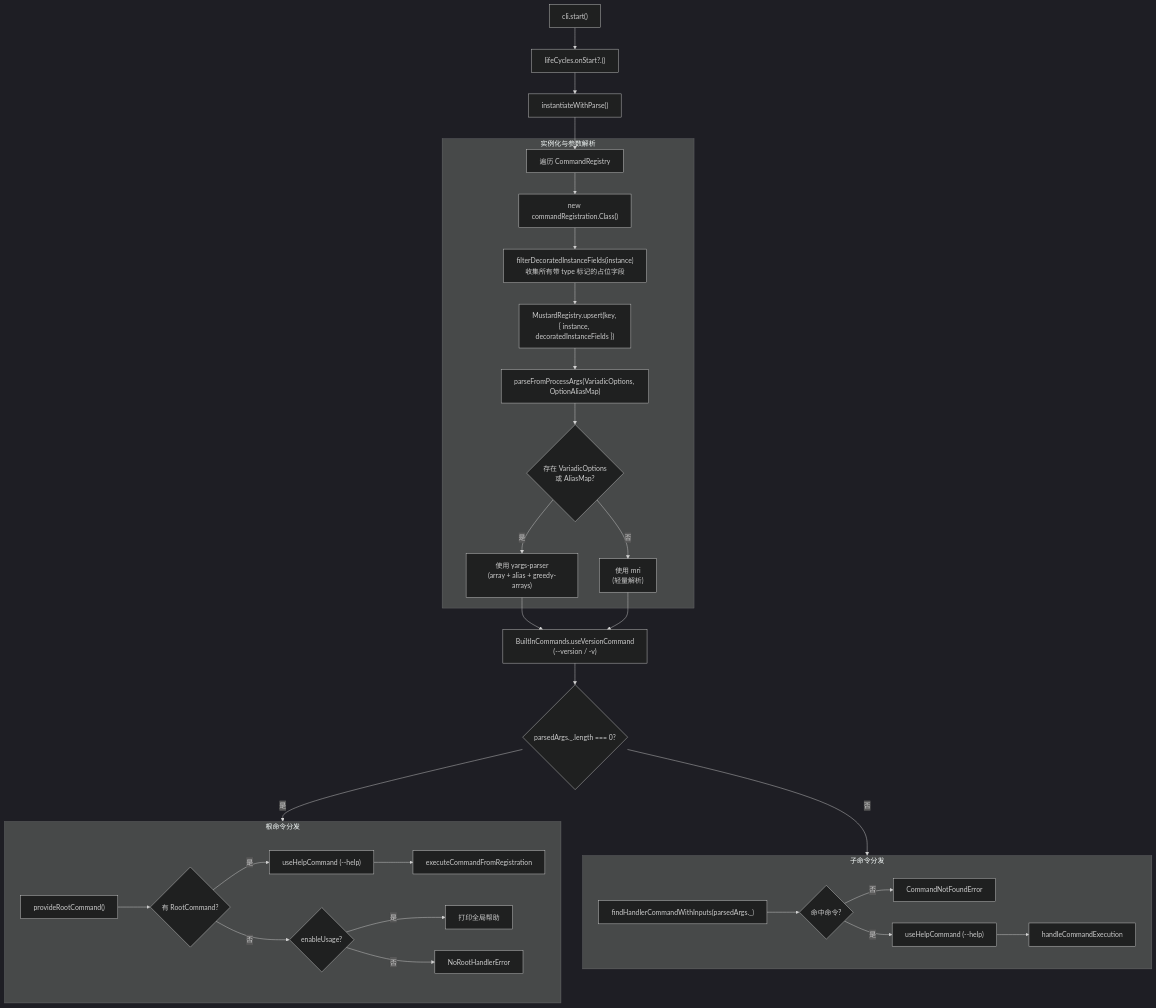
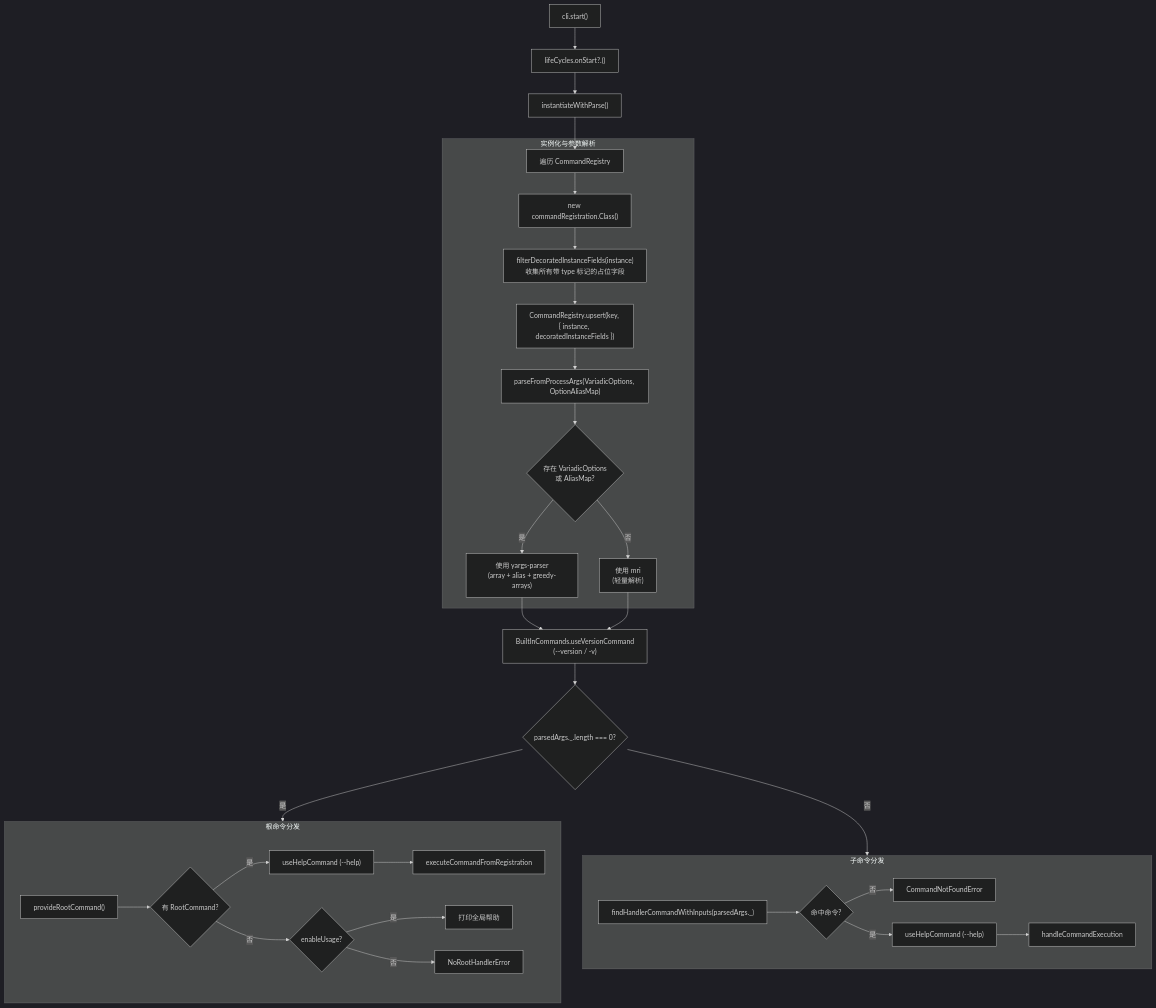
One commit to LinbuduLab/Mustard changed the eighth of 16 diagrams in packages/sample/workflow.md. Above: the diagram before and after it, drawn with Mermaid (dark theme). The commit also changed other lines of this file and 76 other files, not shown here.

````diff
--- a/packages/sample/workflow.md
+++ b/packages/sample/workflow.md
@@ -246,58 +246,58 @@
 ```mermaid
 flowchart TB
     Start["cli.start()"] --> OnStart["lifeCycles.onStart?.()"]
     OnStart --> Instantiate["instantiateWithParse()"]
 
     subgraph Instantiate_Detail["实例化与参数解析"]
         Inst1["遍历 CommandRegistry"]
         Inst2["new commandRegistration.Class()"]
         Inst3["filterDecoratedInstanceFields(instance)<br/>收集所有带 type 标记的占位字段"]
-        Inst4["MustardRegistry.upsert(key, { instance, decoratedInstanceFields })"]
+        Inst4["CommandRegistry.upsert(key, { instance, decoratedInstanceFields })"]
         Inst5["parseFromProcessArgs(VariadicOptions, OptionAliasMap)"]
         Inst6{"存在 VariadicOptions<br/>或 AliasMap?"}
         Inst7["使用 yargs-parser<br/>(array + alias + greedy-arrays)"]
         Inst8["使用 mri<br/>(轻量解析)"]
     end
 
     Instantiate --> Inst1 --> Inst2 --> Inst3 --> Inst4
     Inst4 --> Inst5 --> Inst6
     Inst6 -->|是| Inst7
     Inst6 -->|否| Inst8
 
     Inst7 --> Version
     Inst8 --> Version
 
     Version["BuiltInCommands.useVersionCommand<br/>(--version / -v)"]
     Version --> CheckRoot{"parsedArgs._.length === 0?"}
 
     CheckRoot -->|是| RootPath
     CheckRoot -->|否| CmdPath
 
     subgraph RootPath["根命令分发"]
         R1["provideRootCommand()"]
         R2{"有 RootCommand?"}
         R3["useHelpCommand (--help)"]
         R4["executeCommandFromRegistration"]
         R5{"enableUsage?"}
         R6["打印全局帮助"]
         R7["NoRootHandlerError"]
     end
 
     R1 --> R2
     R2 -->|是| R3 --> R4
     R2 -->|否| R5
     R5 -->|是| R6
     R5 -->|否| R7
 
     subgraph CmdPath["子命令分发"]
         C1["findHandlerCommandWithInputs(parsedArgs._)"]
         C2{"命中命令?"}
         C3["CommandNotFoundError"]
         C4["useHelpCommand (--help)"]
         C5["handleCommandExecution"]
     end
 
     C1 --> C2
     C2 -->|否| C3
     C2 -->|是| C4 --> C5
 ```
````
